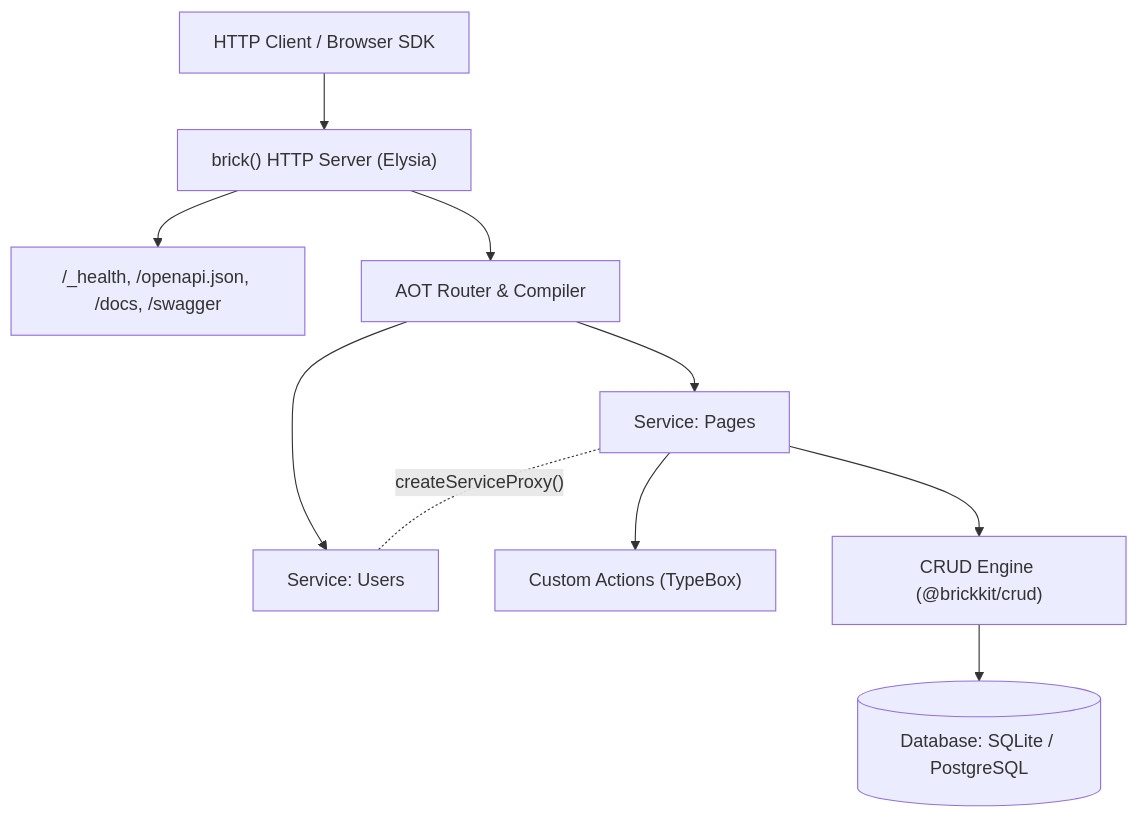
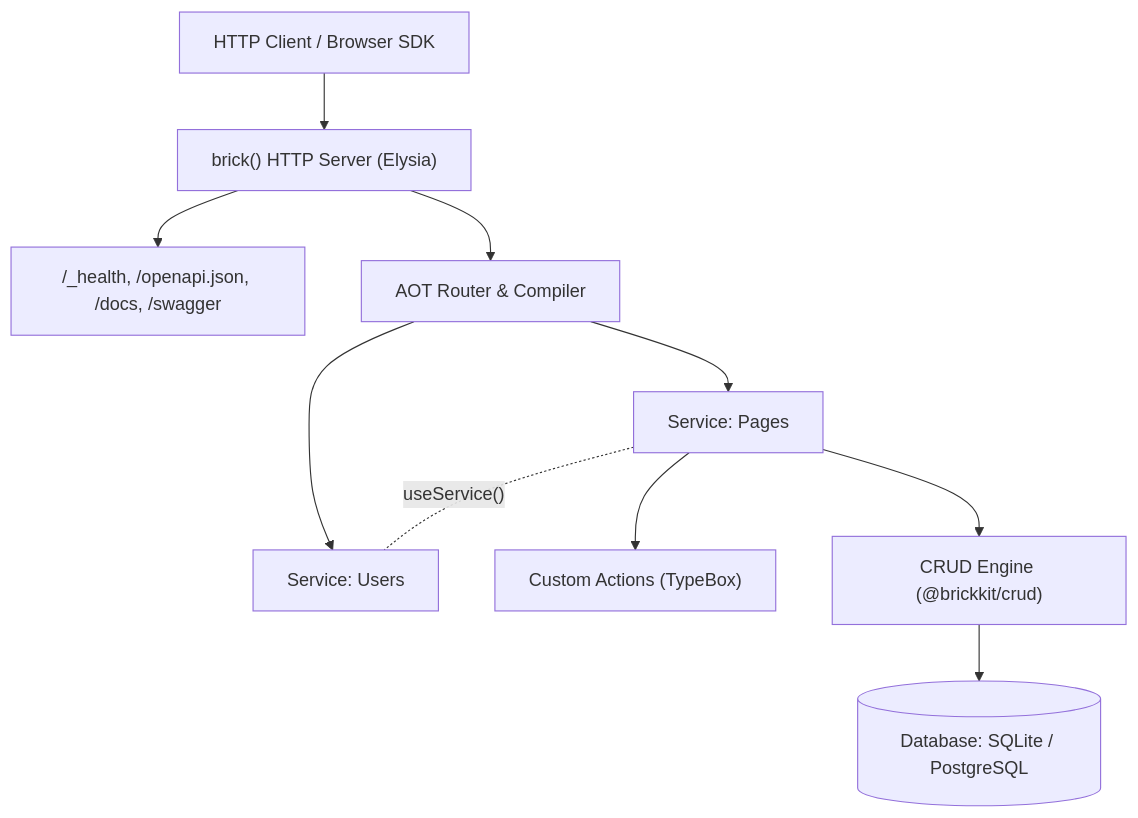
One commit to Chandraprakash-Darji/brick changed the diagram in www/content/docs/(brick)/index.mdx. Above: the diagram before and after it, drawn with Mermaid. The commit also changed 223 other files, not shown here.

````diff
--- a/www/content/docs/(brick)/index.mdx
+++ b/www/content/docs/(brick)/index.mdx
@@ -90,12 +90,12 @@
 ```mermaid
 flowchart TD
     Client["HTTP Client / Browser SDK"] --> Gateway["brick() HTTP Server (Elysia)"]
     Gateway --> Docs["/_health, /openapi.json, /docs, /swagger"]
     Gateway --> Dispatch["AOT Router & Compiler"]
     Dispatch --> ServiceA["Service: Pages"]
     Dispatch --> ServiceB["Service: Users"]
     ServiceA --> Actions["Custom Actions (TypeBox)"]
     ServiceA --> CRUD["CRUD Engine (@brickkit/crud)"]
     CRUD --> DB[(Database: SQLite / PostgreSQL)]
-    ServiceA -. "createServiceProxy()" .- ServiceB
+    ServiceA -. "useService()" .- ServiceB
 ```
````
